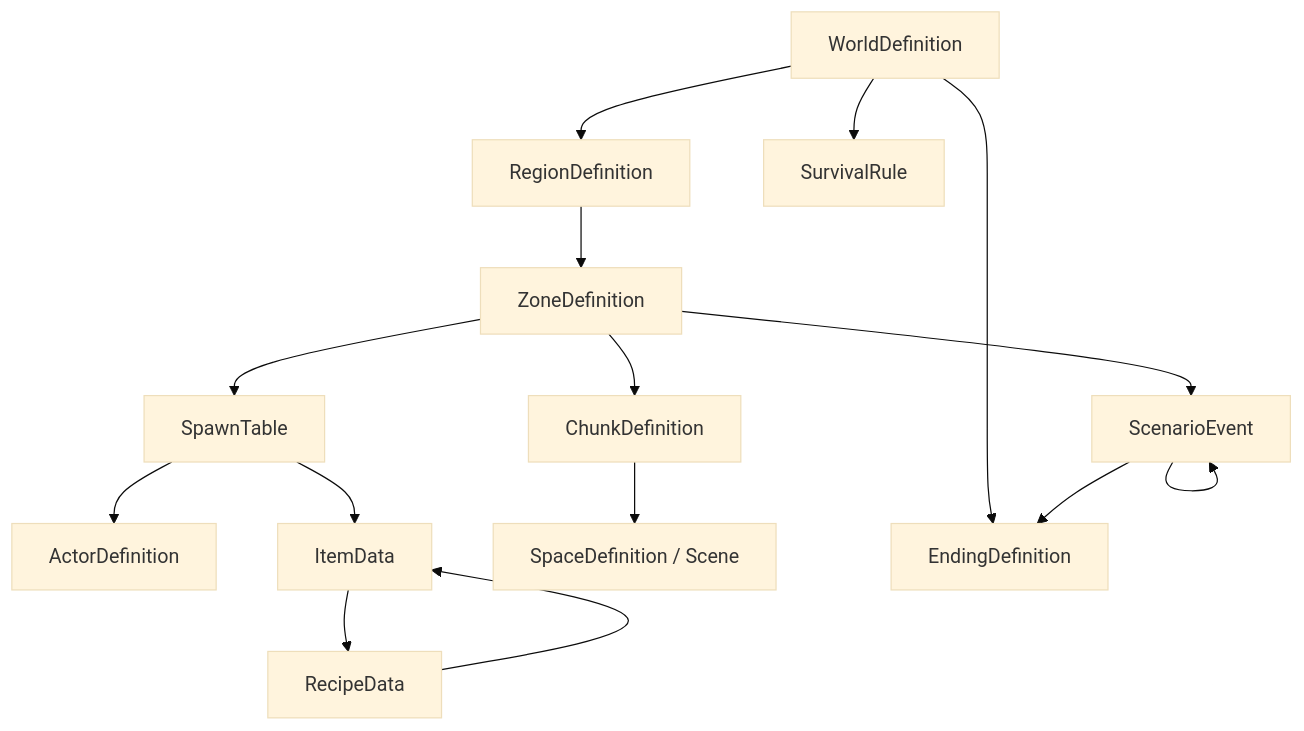
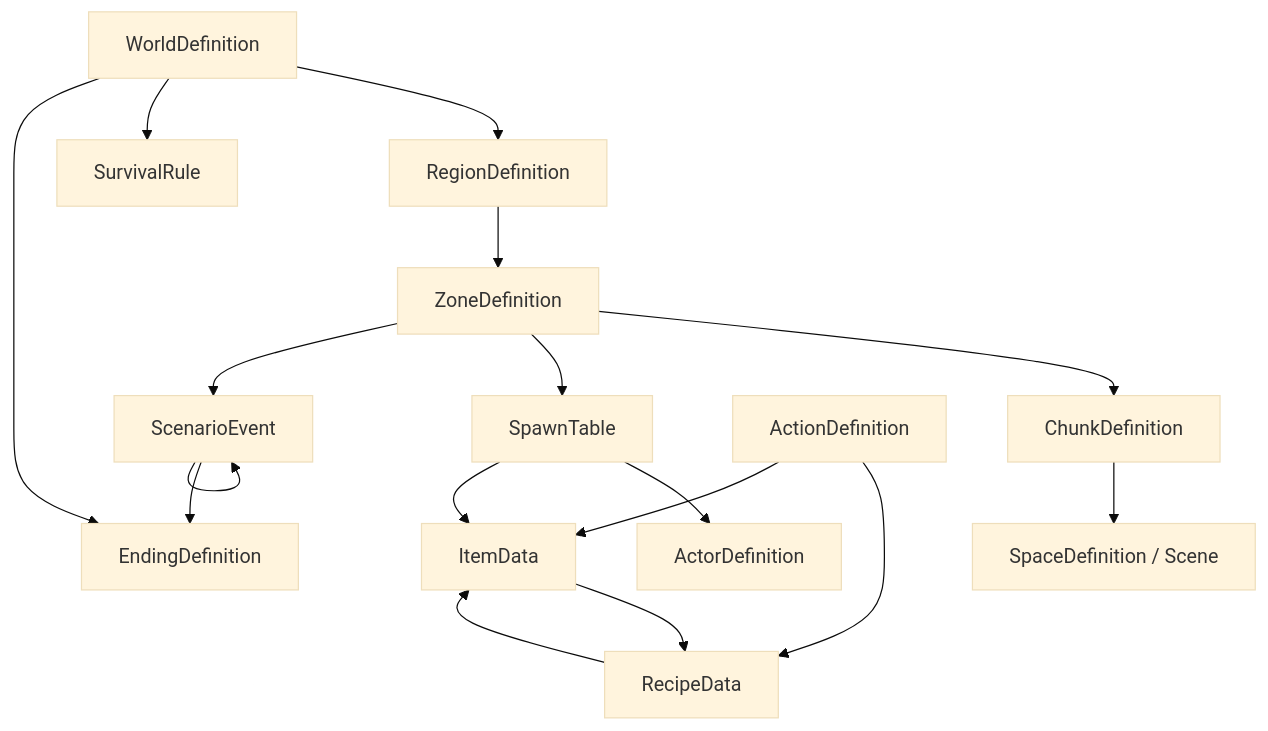
Before and after one commit to sangwookp9591/primal-night: the third of 3 diagrams in docs/design/GAME_SCENARIO_WORLD_TILEMAP.md, drawn with Mermaid (base theme). The commit also changed other lines of this file and 1 other file, not shown here.

````diff
--- a/docs/design/GAME_SCENARIO_WORLD_TILEMAP.md
+++ b/docs/design/GAME_SCENARIO_WORLD_TILEMAP.md
@@ -1408,17 +1422,19 @@
 ```mermaid
 flowchart TD
     W[WorldDefinition] --> R[RegionDefinition]
     R --> Z[ZoneDefinition]
     Z --> C[ChunkDefinition]
     Z --> ST[SpawnTable]
     Z --> SE[ScenarioEvent]
     ST --> A[ActorDefinition]
     ST --> I[ItemData]
     C --> S[SpaceDefinition / Scene]
     I --> RP[RecipeData]
     RP --> I
+    AD[ActionDefinition] --> RP
+    AD --> I
     W --> SR[SurvivalRule]
     W --> E[EndingDefinition]
     SE --> SE
     SE --> E
 ```
````
